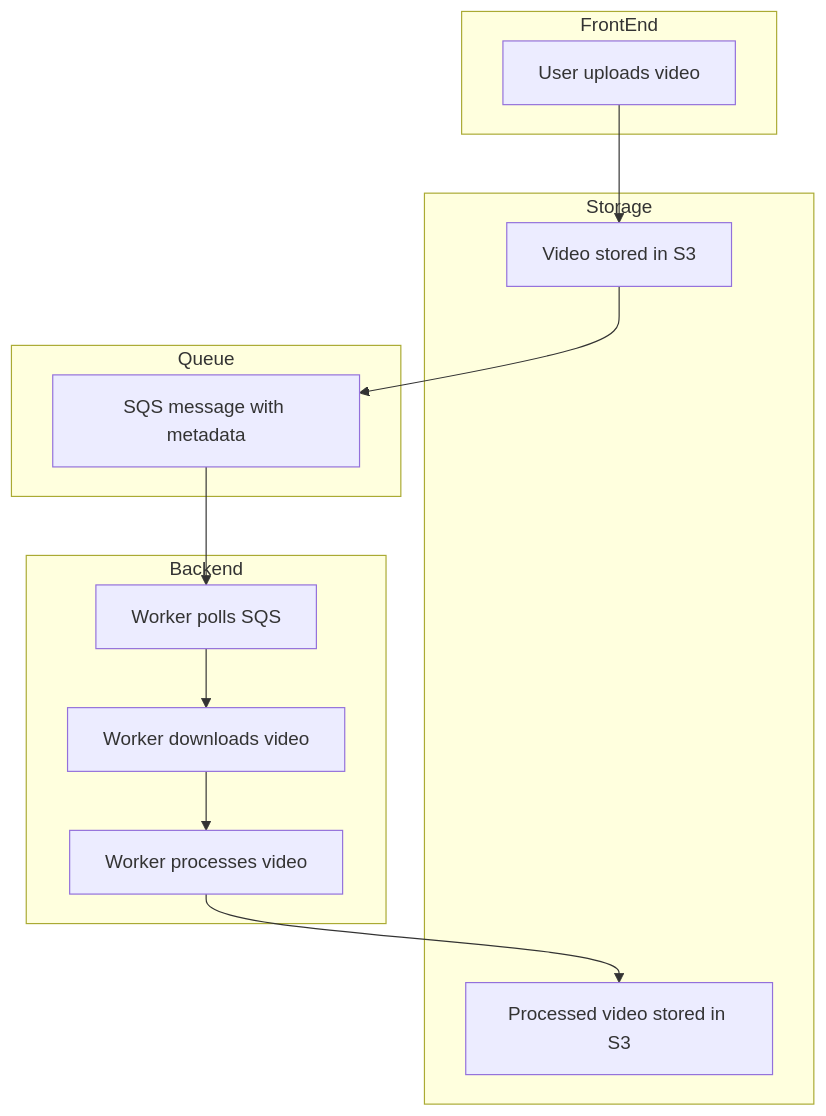
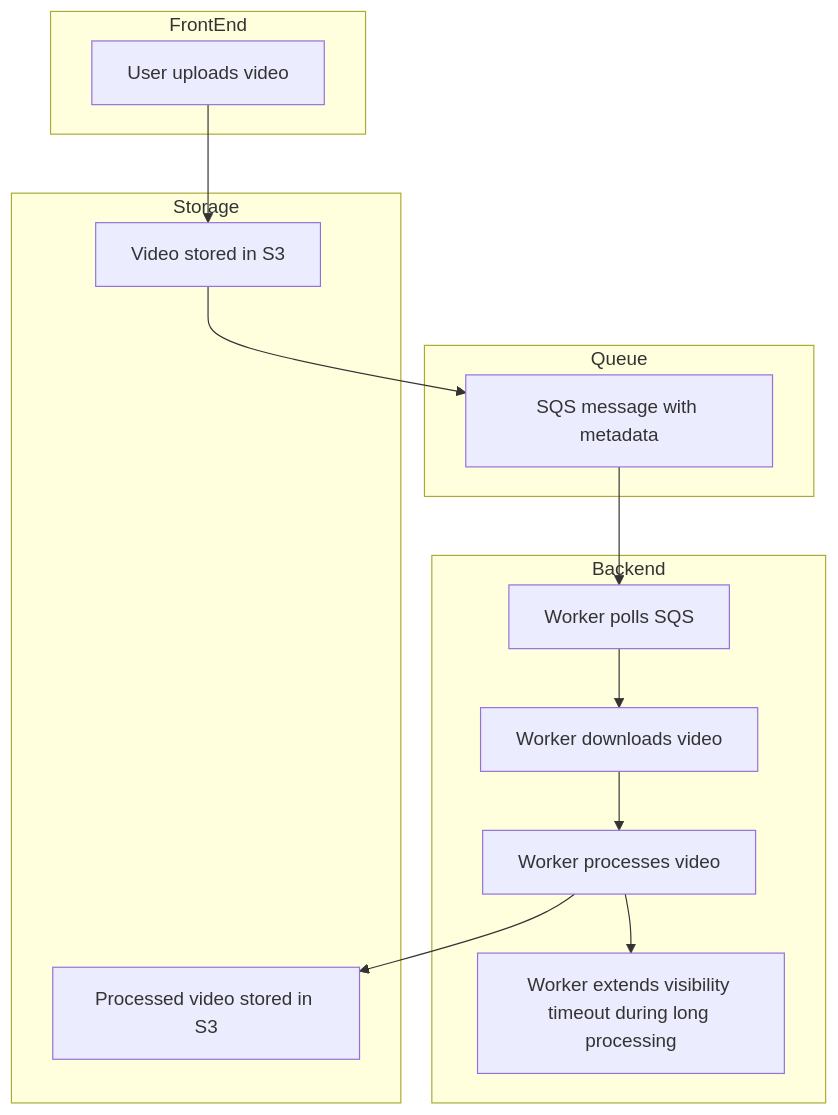
The diagram in content/posts/training/AWS/2025-aws-cloud-practitioner/16-cloud-integrations/index.md (rtdevx/rtdevx.github.io), drawn with Mermaid before and after one commit.

Commit message:
Obsidian sync: 2026-06-30 18:45:21

```diff
--- a/content/posts/training/AWS/2025-aws-cloud-practitioner/16-cloud-integrations/index.md
+++ b/content/posts/training/AWS/2025-aws-cloud-practitioner/16-cloud-integrations/index.md
@@ -120,31 +120,33 @@
 {{< mermaid >}}
 
 flowchart TD
 
     subgraph FrontEnd
         User[User uploads video]
     end
 
     subgraph Storage
         S3Upload[Video stored in S3]
         S3Output[Processed video stored in S3]
     end
 
     subgraph Queue
         SQSMsg[SQS message with metadata]
     end
 
     subgraph Backend
         WorkerPoll[Worker polls SQS]
         WorkerDownload[Worker downloads video]
         WorkerProcess[Worker processes video]
+        Visibility[Worker extends visibility timeout during long processing]
     end
 
     User --> S3Upload
     S3Upload --> SQSMsg
     SQSMsg --> WorkerPoll
     WorkerPoll --> WorkerDownload
     WorkerDownload --> WorkerProcess
+    WorkerProcess --> Visibility
     WorkerProcess --> S3Output
 
 {{< /mermaid >}}
```
